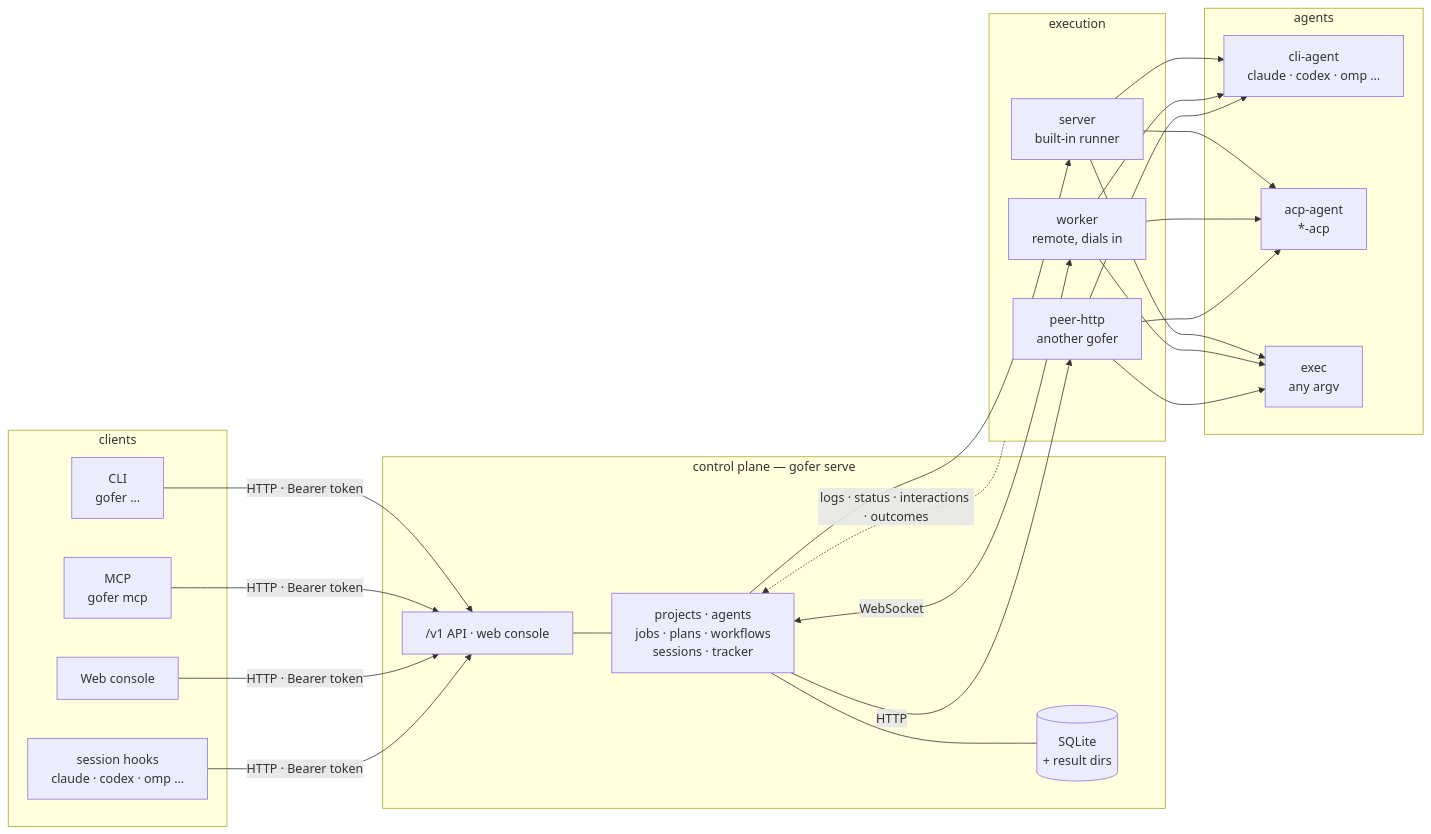
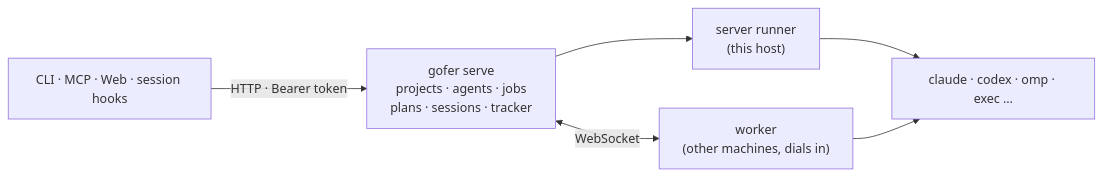
One commit to inhere/gofer changed the diagram in README.md. Above: the diagram before and after it, drawn with Mermaid. The commit also changed other lines of this file and 11 other files, not shown here.

````diff
--- a/README.md
+++ b/README.md
@@ -44,35 +9,7 @@
 ```mermaid
 flowchart LR
-    subgraph clients["clients"]
-        cli["CLI<br/>gofer …"]
-        mcp["MCP<br/>gofer mcp"]
-        web["Web console"]
-        hooks["session hooks<br/>claude · codex · omp …"]
-    end
-
-    subgraph control["control plane — gofer serve"]
-        api["/v1 API · web console"]
-        core["projects · agents<br/>jobs · plans · workflows<br/>sessions · tracker"]
-        store[("SQLite<br/>+ result dirs")]
-        api --- core --- store
-    end
-
-    subgraph exec["execution"]
-        local["server<br/>built-in runner"]
-        worker["worker<br/>remote, dials in"]
-        peer["peer-http<br/>another gofer"]
-    end
-
-    subgraph agents["agents"]
-        cliagent["cli-agent<br/>claude · codex · omp …"]
-        acp["acp-agent<br/>*-acp"]
-        execagent["exec<br/>any argv"]
-    end
-
-    cli & mcp & web & hooks -->|"HTTP · Bearer token"| api
-    core --> local
-    core <-->|WebSocket| worker
-    core -->|HTTP| peer
-    local & worker & peer --> cliagent & acp & execagent
-    exec -. "logs · status · interactions · outcomes" .-> core
+    cli["CLI · MCP · Web · session hooks"] -->|"HTTP · Bearer token"| server["gofer serve<br/>projects · agents · jobs<br/>plans · sessions · tracker"]
+    server --> local["server runner<br/>(this host)"]
+    server <-->|WebSocket| worker["worker<br/>(other machines, dials in)"]
+    local & worker --> agents["claude · codex · omp · exec …"]
 ```
````
